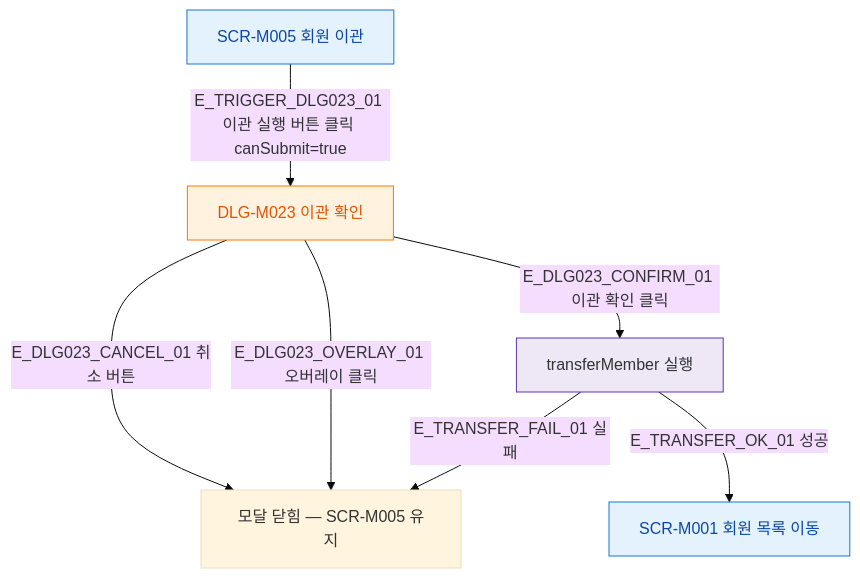
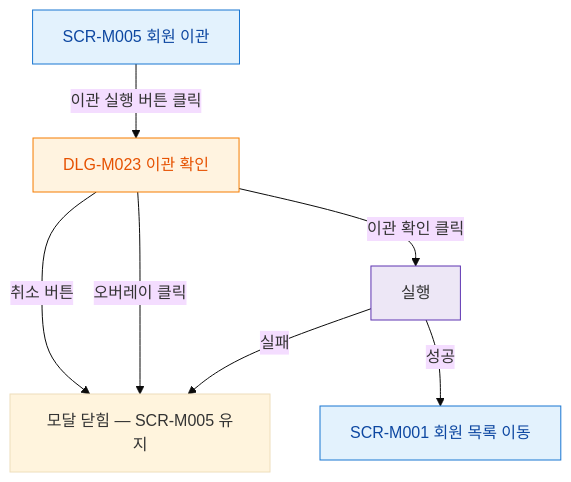
Before and after one commit to dev-spogym/admin-pando: the diagram in docs/다이어그램/D02_회원관리/SCR-M005_회원이관/F5_모달트리거.md, drawn with Mermaid (base theme). The commit also changed other lines of this file and 1660 other files, not shown here.

First line of the commit message:
다이어그램: 기획자/클라이언트 납품본으로 정리

````diff
--- a/docs/다이어그램/D02_회원관리/SCR-M005_회원이관/F5_모달트리거.md
+++ b/docs/다이어그램/D02_회원관리/SCR-M005_회원이관/F5_모달트리거.md
@@ -22,22 +20,22 @@
 ```mermaid
 flowchart TD
   SCR_M005[SCR-M005 회원 이관]
 
-  SCR_M005 -->|E_TRIGGER_DLG023_01 이관 실행 버튼 클릭 canSubmit=true| DLG_M023[DLG-M023 이관 확인]
+  SCR_M005 -->|이관 실행 버튼 클릭|DLG_M023[DLG-M023 이관 확인]
 
-  DLG_M023 -->|E_DLG023_CANCEL_01 취소 버튼| CLOSE_DLG023[모달 닫힘 — SCR-M005 유지]
-  DLG_M023 -->|E_DLG023_OVERLAY_01 오버레이 클릭| CLOSE_DLG023
-  DLG_M023 -->|E_DLG023_CONFIRM_01 이관 확인 클릭| ACTION_TRANSFER[transferMember 실행]
+  DLG_M023 -->|취소 버튼|CLOSE_DLG023[모달 닫힘 — SCR-M005 유지]
+  DLG_M023 -->|오버레이 클릭|CLOSE_DLG023
+  DLG_M023 -->|이관 확인 클릭|ACTION_TRANSFER[실행]
 
-  ACTION_TRANSFER -->|E_TRANSFER_OK_01 성공| SCR_M001[SCR-M001 회원 목록 이동]
-  ACTION_TRANSFER -->|E_TRANSFER_FAIL_01 실패| CLOSE_DLG023
+  ACTION_TRANSFER -->|성공|SCR_M001[SCR-M001 회원 목록 이동]
+  ACTION_TRANSFER -->|실패|CLOSE_DLG023
 
-  classDef screen  fill:#E3F2FD,stroke:#1976D2,color:#0D47A1
-  classDef modal   fill:#FFF3E0,stroke:#F57C00,color:#E65100
-  classDef system  fill:#EDE7F6,stroke:#5E35B2
+  classDef screen fill:#E3F2FD,stroke:#1976D2,color:#0D47A1
+  classDef modal fill:#FFF3E0,stroke:#F57C00,color:#E65100
+  classDef system fill:#EDE7F6,stroke:#5E35B2
   classDef success fill:#E8F5E9,stroke:#2E7D32,color:#1B5E20
 
   class SCR_M005,SCR_M001 screen
   class DLG_M023 modal
   class ACTION_TRANSFER system
 ```
````
